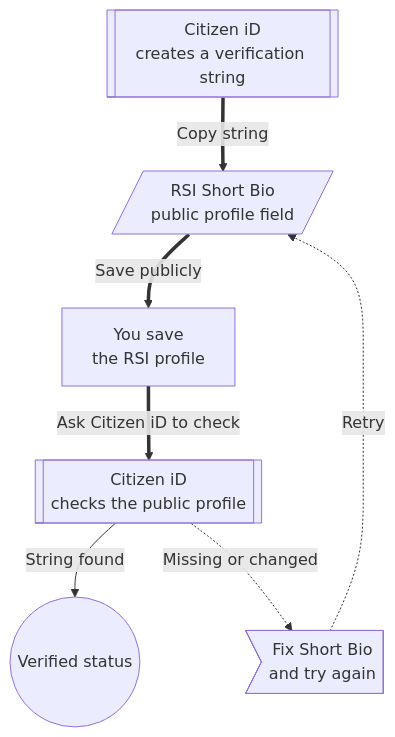
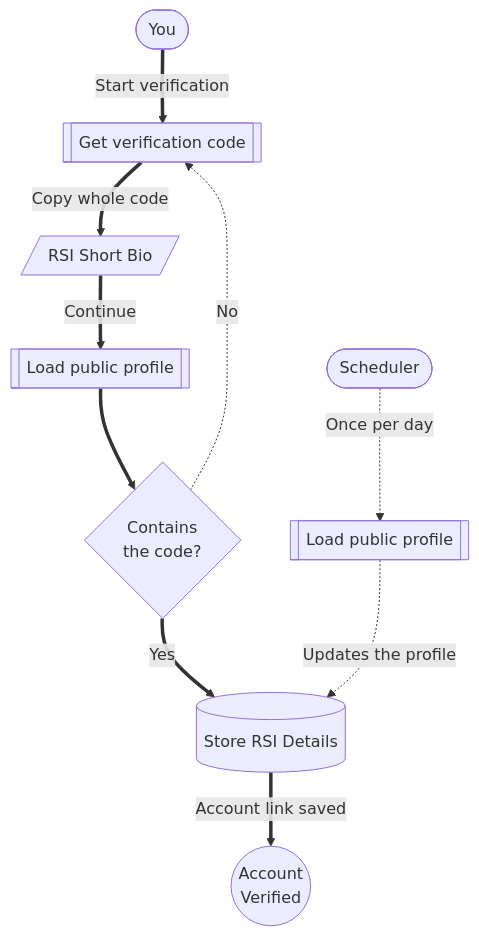
One commit to ArkanisCorporation/CitizenId-docs changed the diagram in docs/players/rsi-verification.md. Above: the diagram before and after it, drawn with Mermaid. The commit also changed other lines of this file, not shown here.

Commit message:
fix: clean up and finalize RSI verification

````diff
--- a/docs/players/rsi-verification.md
+++ b/docs/players/rsi-verification.md
@@ -19,22 +17,29 @@
 ```mermaid
 flowchart TD
-  cid[["Citizen iD<br/>creates a verification string"]]
-  rsi[/"RSI Short Bio<br/>public profile field"/]
-  save["You save<br/>the RSI profile"]
-  check[["Citizen iD<br/>checks the public profile"]]
-  verified((Verified status))
-  retry>Fix Short Bio<br/>and try again]
+  you(["You"])
+  scheduler(["Scheduler"])
+  cid1[["Get verification code"]]
+  bio[/"RSI Short Bio"/]
+  cid2[["Load public profile"]]
+  contains{"Contains<br/>the code?"}
+  store[(Store RSI Details)]
+  verified((Account<br/>Verified))
+  refresh[["Load public profile"]]
 
-  cid ==>|Copy string| rsi
-  rsi ==>|Save publicly| save
-  save ==>|Ask Citizen iD to check| check
-  check -->|"String found"| verified
-  check -. "Missing or changed" .-> retry
-  retry -. "Retry" .-> rsi
+  you ==>|Start verification| cid1
+  cid1 ==>|Copy whole code| bio
+  bio ==>|Continue| cid2
+  cid2 ==> contains
+  contains ==>|Yes| store
+  contains -. "No" .-> cid1
+  store ==>|Account link saved| verified
+  scheduler -. "Once per day" .-> refresh
+  refresh -. "Updates the profile" .-> store
 
-  class cid,check service;
-  class rsi context;
-  class save action;
+  class you,scheduler actor;
+  class cid1,refresh service;
+  class bio context;
+  class contains decision;
+  class store data;
   class verified success;
-  class retry caution;
 ```
````
